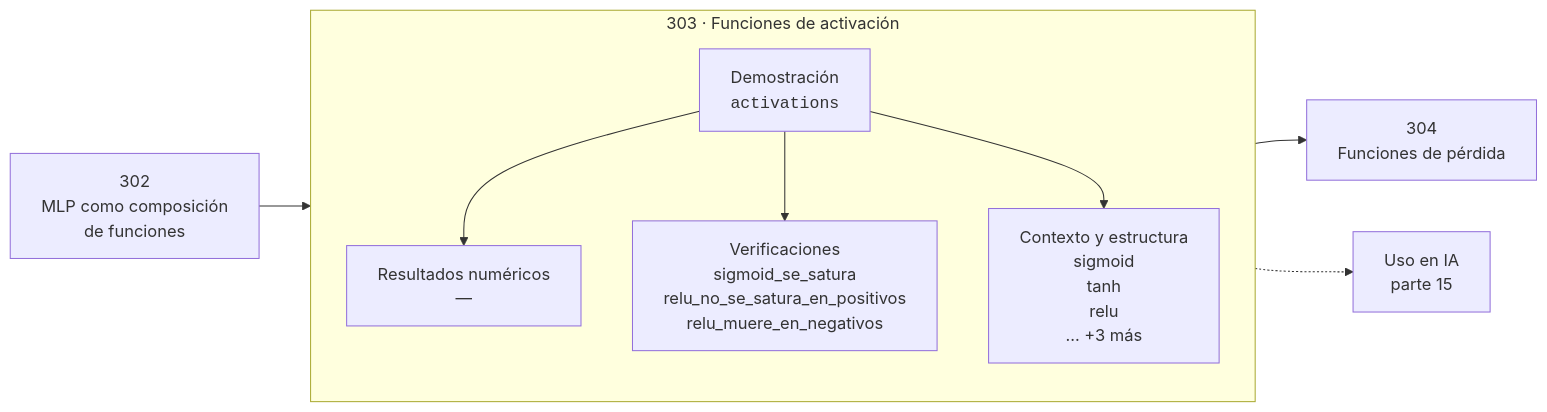
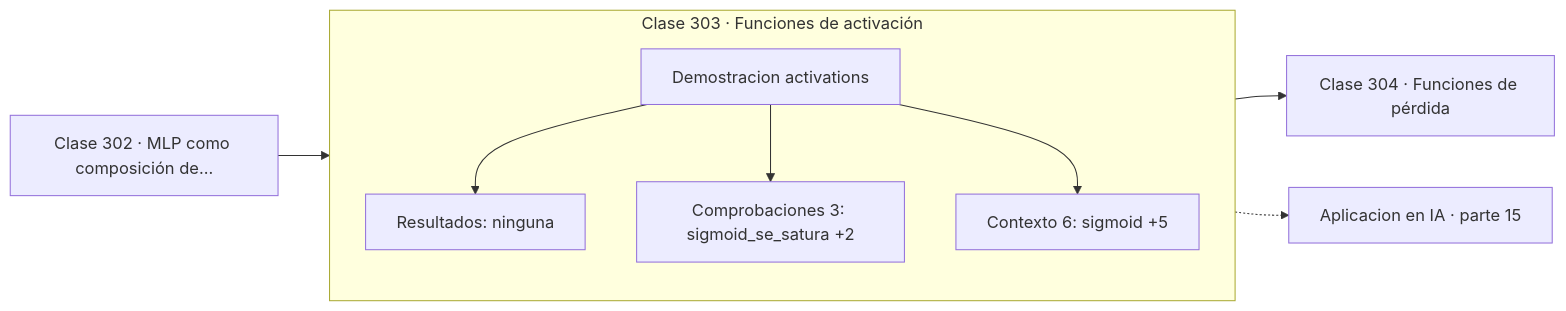
The diagram in classes/part-15-matematica-de-deep-learning/303-funciones-de-activacion/README.md (vladimiracunadev-create/computational-mathematics-program), drawn with Mermaid before and after one commit. The commit also changed 389 other files, not shown here.

First line of the commit message:
fix(diagramas): elimina el HTML de las etiquetas Mermaid

````diff
--- a/classes/part-15-matematica-de-deep-learning/303-funciones-de-activacion/README.md
+++ b/classes/part-15-matematica-de-deep-learning/303-funciones-de-activacion/README.md
@@ -30,12 +30,13 @@
 ```mermaid
 flowchart LR
-    P["302<br/>MLP como composición<br/>de funciones"] --> C
-    subgraph C["303 · Funciones de activación"]
+    P["Clase 302 · MLP como composición de…"] --> D
+    subgraph CLASE["Clase 303 · Funciones de activación"]
         direction TB
-        D["Demostración<br/><code>activations</code>"] --> R["Resultados numéricos<br/>—"]
-        D --> V["Verificaciones<br/>sigmoid_se_satura<br/>relu_no_se_satura_en_positivos<br/>relu_muere_en_negativos"]
-        D --> O["Contexto y estructura<br/>sigmoid<br/>tanh<br/>relu<br/>… +3 más"]
+        D["Demostracion activations"]
+        D --> R["Resultados: ninguna"]
+        D --> V["Comprobaciones 3: sigmoid_se_satura +2"]
+        D --> O["Contexto 6: sigmoid +5"]
     end
-    C --> N["304<br/>Funciones de pérdida"]
-    C -.-> IA["Uso en IA<br/>parte 15"]
+    R --> N["Clase 304 · Funciones de pérdida"]
+    V -.-> IA["Aplicacion en IA · parte 15"]
 ```
````
